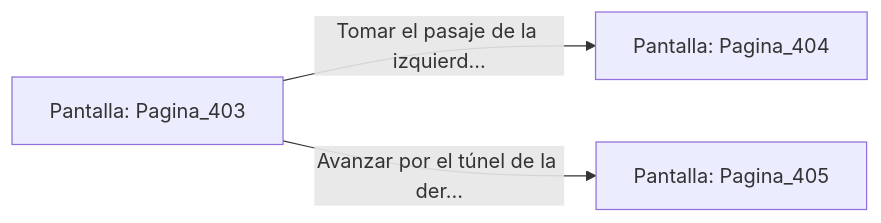
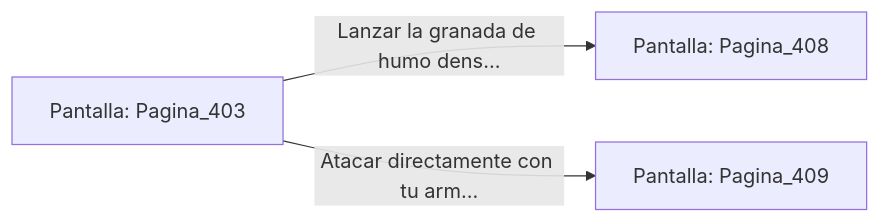
Before and after one commit to metsuke/mpl: the diagram in sample/eligejuego-vault/Pantalla_Pagina_403.md, drawn with Mermaid. The commit also changed other lines of this file and 635 other files, not shown here.

First line of the commit message:
fix: añadir Pagina_1 como pantalla inicial en capitulo_01.mpl

````diff
--- a/sample/eligejuego-vault/Pantalla_Pagina_403.md
+++ b/sample/eligejuego-vault/Pantalla_Pagina_403.md
@@ -20,6 +24,6 @@
 ```mermaid
 graph LR
     P_Pagina_403["Pantalla: Pagina_403"]
-    P_Pagina_403 -->|"Tomar el pasaje de la izquierd..."| P_Pagina_404["Pantalla: Pagina_404"]
-    P_Pagina_403 -->|"Avanzar por el túnel de la der..."| P_Pagina_405["Pantalla: Pagina_405"]
+    P_Pagina_403 -->|"Lanzar la granada de humo dens..."| P_Pagina_408["Pantalla: Pagina_408"]
+    P_Pagina_403 -->|"Atacar directamente con tu arm..."| P_Pagina_409["Pantalla: Pagina_409"]
 ```
````
